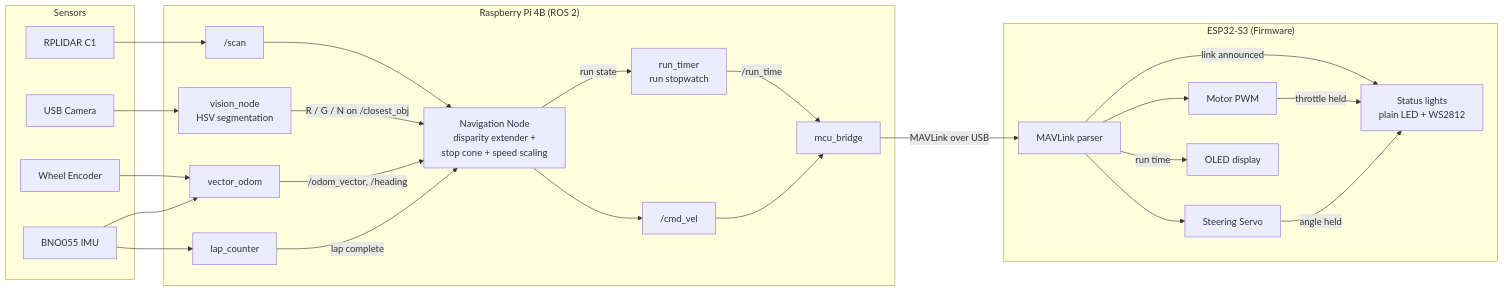
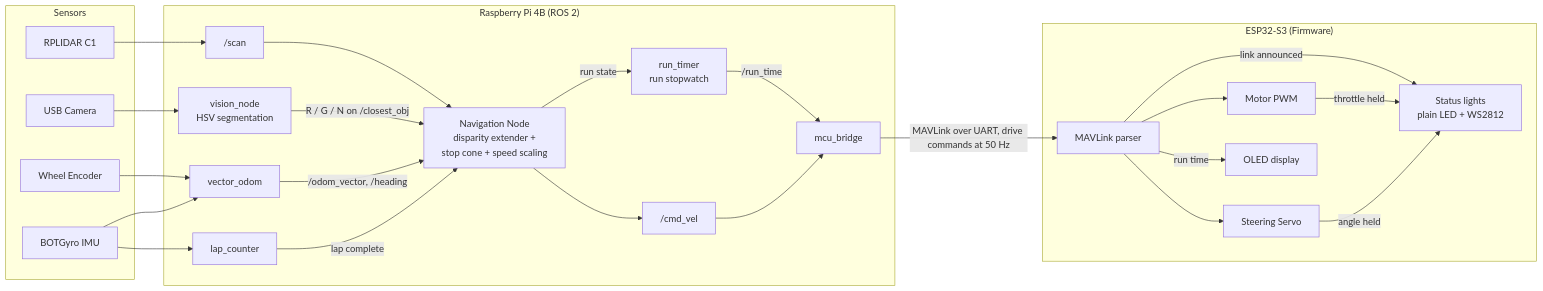
One commit to muztahiddurjoy/gorur_gari_2026 changed the first of 4 diagrams in README.md. Above: the diagram before and after it, drawn with Mermaid. The commit also changed other lines of this file and 5 other files, not shown here.

First line of the commit message:
docs: new hardware - BTS7960, MG996R on GPIO16, BOTGyro, UART link

````diff
--- a/README.md
+++ b/README.md
@@ -198,52 +198,52 @@
 ```mermaid
 flowchart LR
     subgraph Sensors
         LIDAR[RPLIDAR C1]
         ENC[Wheel Encoder]
-        IMU[BNO055 IMU]
+        IMU[BOTGyro IMU]
         CAM[USB Camera]
     end
 
     subgraph Pi["Raspberry Pi 4B (ROS 2)"]
         SCAN["/scan"]
         NAV["Navigation Node
         disparity extender +
         stop cone + speed scaling"]
         ODOM[vector_odom]
         VISION["vision_node
         HSV segmentation"]
         LAP[lap_counter]
         TIMER["run_timer
         run stopwatch"]
         CMDVEL["/cmd_vel"]
         BRIDGE[mcu_bridge]
     end
 
     subgraph ESP["ESP32-S3 (Firmware)"]
         MAV[MAVLink parser]
         MOTOR[Motor PWM]
         SERVO[Steering Servo]
         LEDS["Status lights
         plain LED + WS2812"]
         OLED[OLED display]
     end
 
     LIDAR --> SCAN --> NAV
     ENC --> ODOM
     IMU --> ODOM
     IMU --> LAP
     CAM --> VISION
     VISION -->|"R / G / N on /closest_obj"| NAV
     ODOM -->|"/odom_vector, /heading"| NAV
     LAP -->|lap complete| NAV
     NAV -->|run state| TIMER
     TIMER -->|"/run_time"| BRIDGE
     NAV --> CMDVEL --> BRIDGE
-    BRIDGE -->|MAVLink over USB| MAV
+    BRIDGE -->|"MAVLink over UART, drive commands at 50 Hz"| MAV
     MAV --> MOTOR
     MAV --> SERVO
     MAV -->|link announced| LEDS
     MAV -->|run time| OLED
     MOTOR -->|throttle held| LEDS
     SERVO -->|angle held| LEDS
 ```
````
